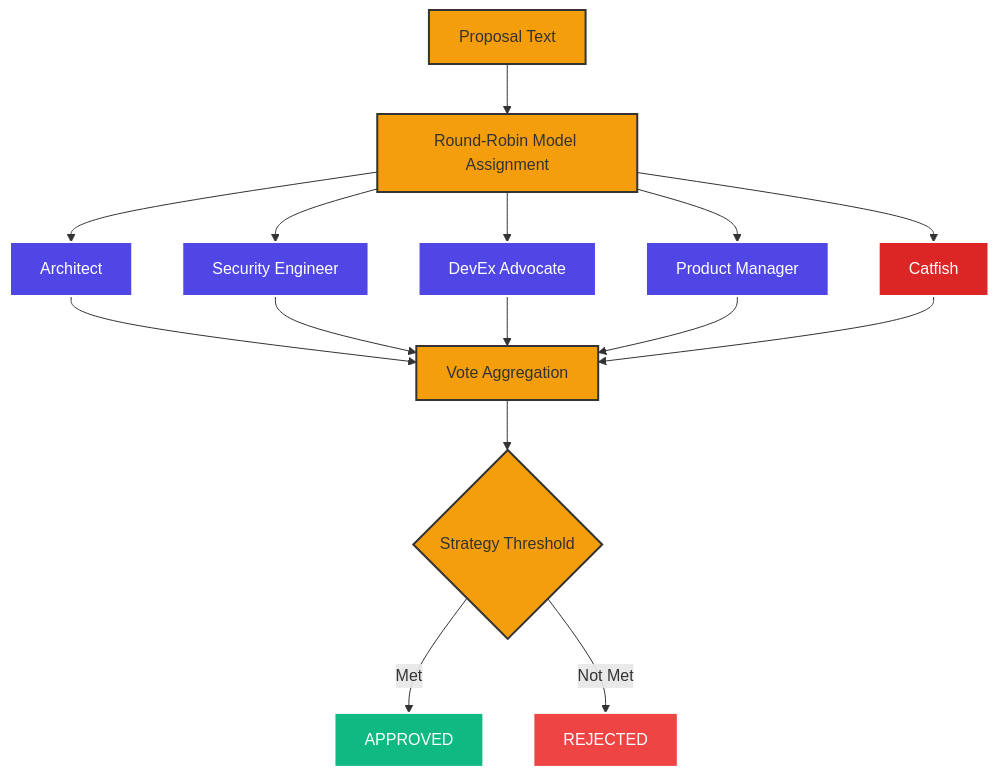
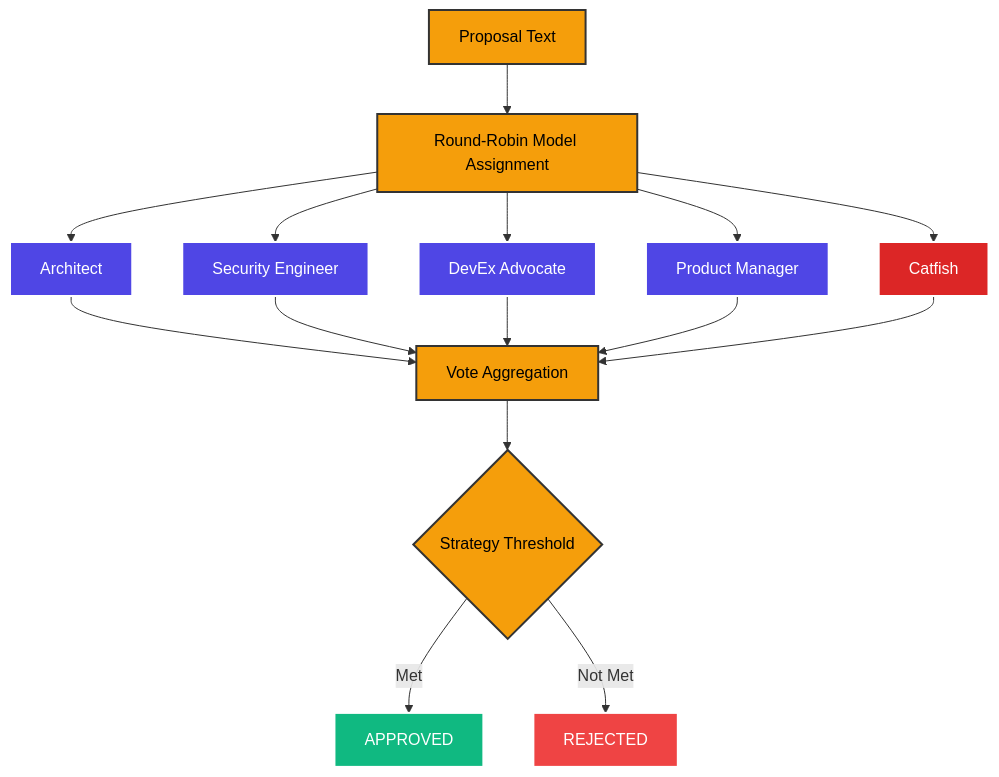
One commit to williamzujkowski/williamzujkowski.github.io changed the diagram in src/posts/2026-01-28-consensus-voting-ai-models-multi-agent.md. Above: the diagram before and after it, drawn with Mermaid. The commit also changed 40 other files, not shown here.

First line of the commit message:
fix(blog): add explicit text color to all mermaid classDef/style (#171)

````diff
--- a/src/posts/2026-01-28-consensus-voting-ai-models-multi-agent.md
+++ b/src/posts/2026-01-28-consensus-voting-ai-models-multi-agent.md
@@ -41,28 +41,28 @@
 ```mermaid
 flowchart TB
     Proposal[Proposal Text] --> Assign[Round-Robin Model Assignment]
     Assign --> Arch[Architect]
     Assign --> Sec[Security Engineer]
     Assign --> DevEx[DevEx Advocate]
     Assign --> PM[Product Manager]
     Assign --> Cat[Catfish]
     Arch --> Agg[Vote Aggregation]
     Sec --> Agg
     DevEx --> Agg
     PM --> Agg
     Cat --> Agg
     Agg --> Check{Strategy Threshold}
     Check -->|Met| Pass[APPROVED]
     Check -->|Not Met| Fail[REJECTED]
 
     classDef agentNode fill:#4f46e5,stroke:#fff,stroke-width:2px,color:#fff
     classDef catfishNode fill:#dc2626,stroke:#fff,stroke-width:2px,color:#fff
-    classDef processNode fill:#f59e0b,stroke:#333,stroke-width:2px
+    classDef processNode fill:#f59e0b,color:#000,stroke:#333,stroke-width:2px
     classDef resultNode fill:#10b981,stroke:#fff,stroke-width:2px,color:#fff
     classDef rejectNode fill:#ef4444,stroke:#fff,stroke-width:2px,color:#fff
     class Arch,Sec,DevEx,PM agentNode
     class Cat catfishNode
     class Proposal,Assign,Agg,Check processNode
     class Pass resultNode
     class Fail rejectNode
 ```
````
